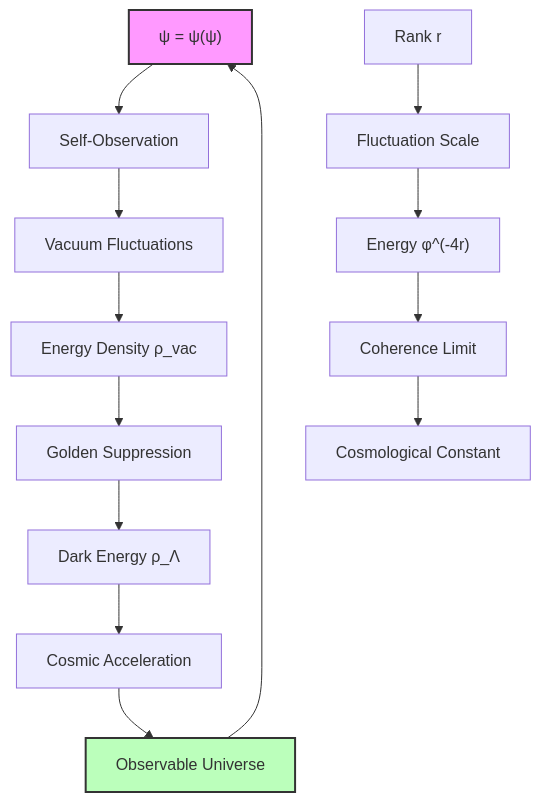
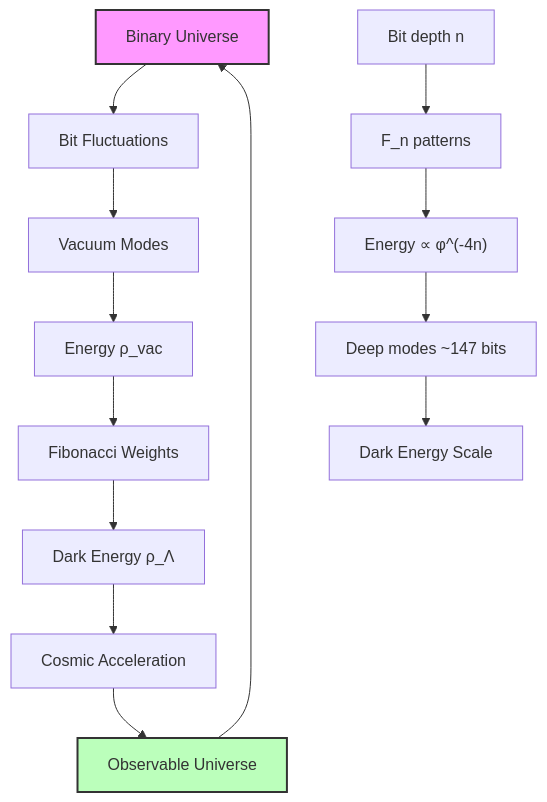
One commit to loning/the-phys changed the second of 2 diagrams in docs/psi-constants/part-04-collapse-cosmology/chapter-049-collapse-vacuum-energy-density.md. Above: the diagram before and after it, drawn with Mermaid. The commit also changed other lines of this file and 3 other files, not shown here.

````diff
--- a/docs/psi-constants/part-04-collapse-cosmology/chapter-049-collapse-vacuum-energy-density.md
+++ b/docs/psi-constants/part-04-collapse-cosmology/chapter-049-collapse-vacuum-energy-density.md
@@ -254,19 +288,19 @@
 ```mermaid
 graph TD
-    A["ψ = ψ(ψ)"] --> B["Self-Observation"]
-    B --> C["Vacuum Fluctuations"]
-    C --> D["Energy Density ρ_vac"]
-    D --> E["Golden Suppression"]
+    A["Binary Universe"] --> B["Bit Fluctuations"]
+    B --> C["Vacuum Modes"]
+    C --> D["Energy ρ_vac"]
+    D --> E["Fibonacci Weights"]
     E --> F["Dark Energy ρ_Λ"]
     F --> G["Cosmic Acceleration"]
     G --> H["Observable Universe"]
     H --> A
     
-    I["Rank r"] --> J["Fluctuation Scale"]
-    J --> K["Energy φ^(-4r)"]
-    K --> L["Coherence Limit"]
-    L --> M["Cosmological Constant"]
+    I["Bit depth n"] --> J["F_n patterns"]
+    J --> K["Energy ∝ φ^(-4n)"]
+    K --> L["Deep modes ~147 bits"]
+    L --> M["Dark Energy Scale"]
     
     style A fill:#f9f,stroke:#333,stroke-width:2px
     style H fill:#bfb,stroke:#333,stroke-width:2px
 ```
````
